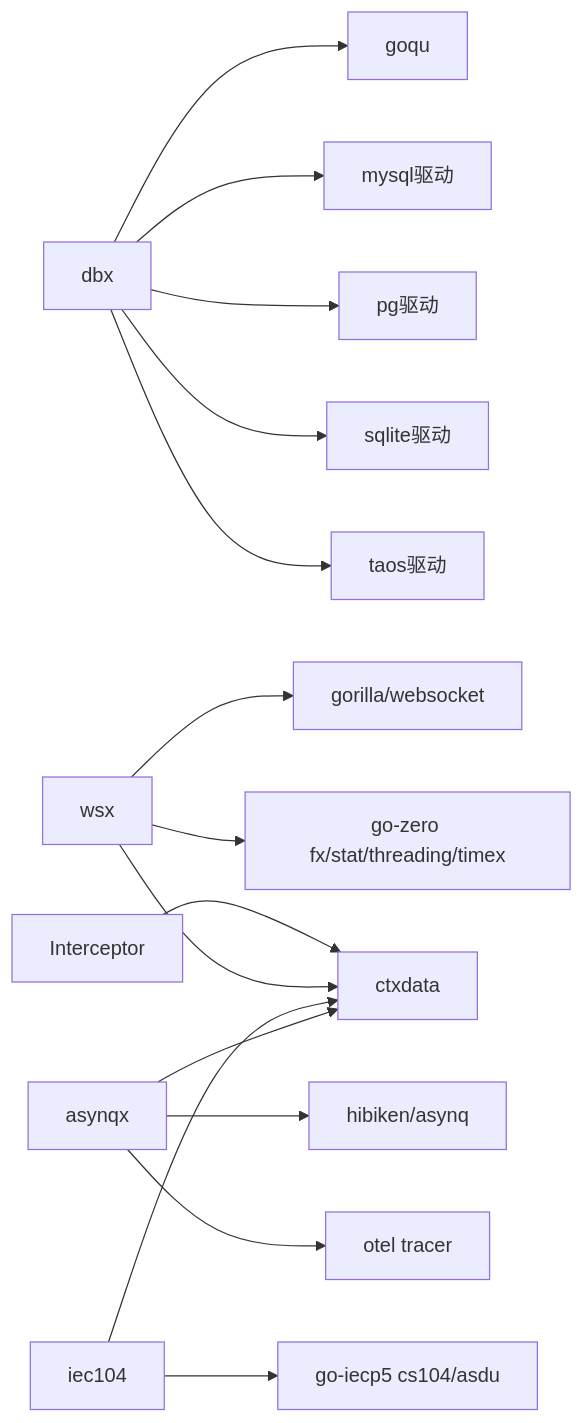
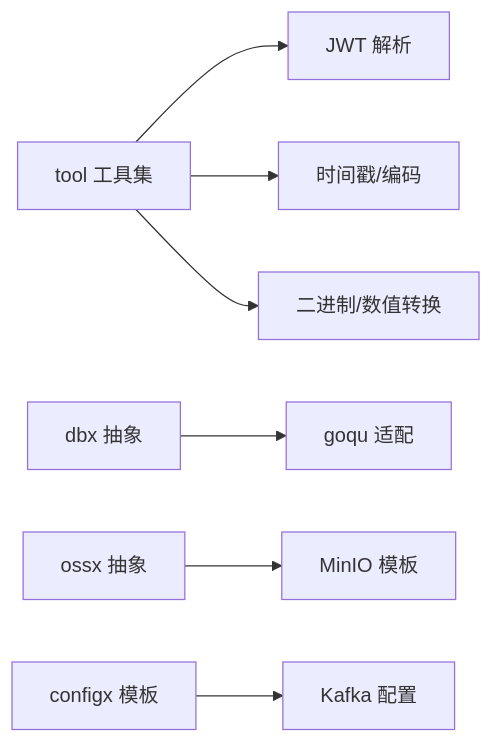
One commit to maomao94/zero-service changed the eighth of 9 diagrams in .qoder/repowiki/zh/content/公共组件库/公共组件库.md. Above: the diagram before and after it, drawn with Mermaid. The commit also changed other lines of this file and 362 other files, not shown here.

````diff
--- a/.qoder/repowiki/zh/content/公共组件库/公共组件库.md
+++ b/.qoder/repowiki/zh/content/公共组件库/公共组件库.md
@@ -454,17 +371,9 @@
 ```mermaid
 graph LR
-DBX["dbx"] --> GOQU["goqu"]
-DBX --> MYSQL["mysql驱动"]
-DBX --> PG["pg驱动"]
-DBX --> SQLITE["sqlite驱动"]
-DBX --> TD["taos驱动"]
-WSX["wsx"] --> GWS["gorilla/websocket"]
-WSX --> ZERO["go-zero fx/stat/threading/timex"]
-ASYNQ["asynqx"] --> ASYNK["hibiken/asynq"]
-ASYNQ --> OTLP["otel tracer"]
-IEC["iec104"] --> CS104["go-iecp5 cs104/asdu"]
-INT["Interceptor"] --> CTX["ctxdata"]
-WSX --> CTX
-IEC --> CTX
-ASYNQ --> CTX
+TOOL["tool 工具集"] --> JWT["JWT 解析"]
+TOOL --> TS["时间戳/编码"]
+TOOL --> BIN["二进制/数值转换"]
+DBX["dbx 抽象"] --> GOQU["goqu 适配"]
+OSS["ossx 抽象"] --> MINIO["MinIO 模板"]
+CFG["configx 模板"] --> KQ["Kafka 配置"]
 ```
````
